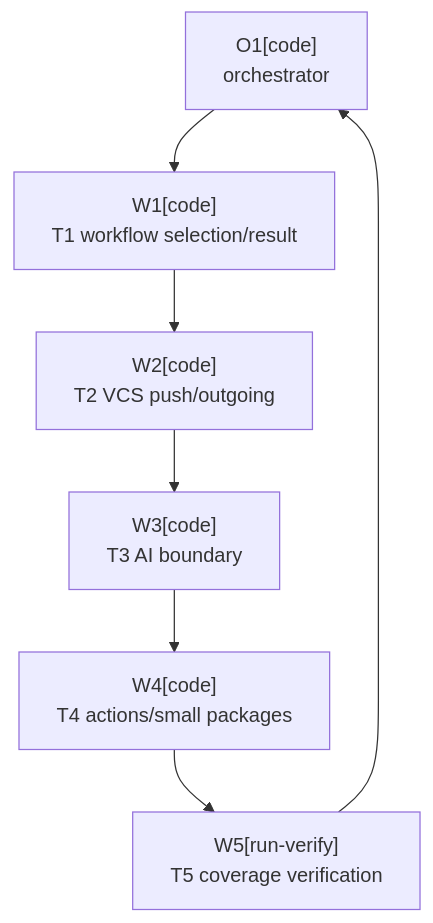
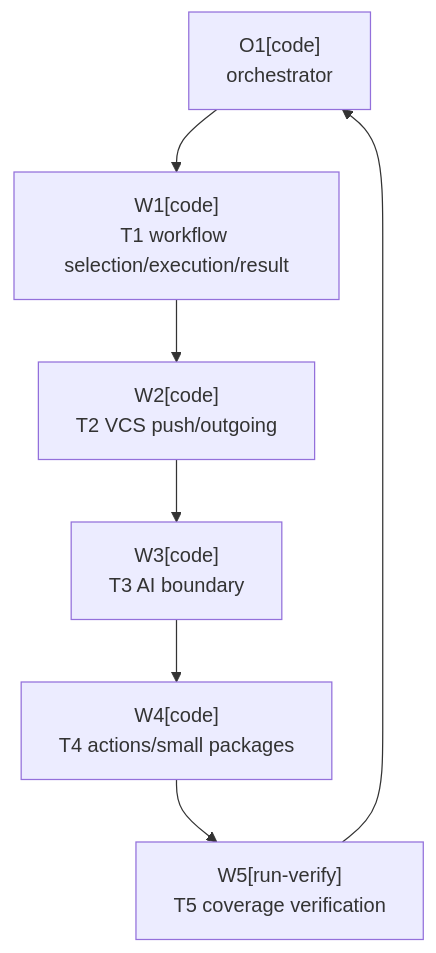
The diagram in .agents/plans/PLAN-test-coverage-growth.md (kamkie/intellij-ai-commit-all-plugin), drawn with Mermaid before and after one commit. The commit also changed other lines of this file, not shown here.

````diff
--- a/.agents/plans/PLAN-test-coverage-growth.md
+++ b/.agents/plans/PLAN-test-coverage-growth.md
@@ -516,15 +547,15 @@
 ```mermaid
 flowchart TD
     O1["O1[code]<br/>orchestrator"]
-    W1["W1[code]<br/>T1 workflow selection/result"]
+  W1["W1[code]<br/>T1 workflow selection/execution/result"]
     W2["W2[code]<br/>T2 VCS push/outgoing"]
     W3["W3[code]<br/>T3 AI boundary"]
     W4["W4[code]<br/>T4 actions/small packages"]
     W5["W5[run-verify]<br/>T5 coverage verification"]
     O1 --> W1
     W1 --> W2
     W2 --> W3
     W3 --> W4
     W4 --> W5
     W5 --> O1
 ```
````
